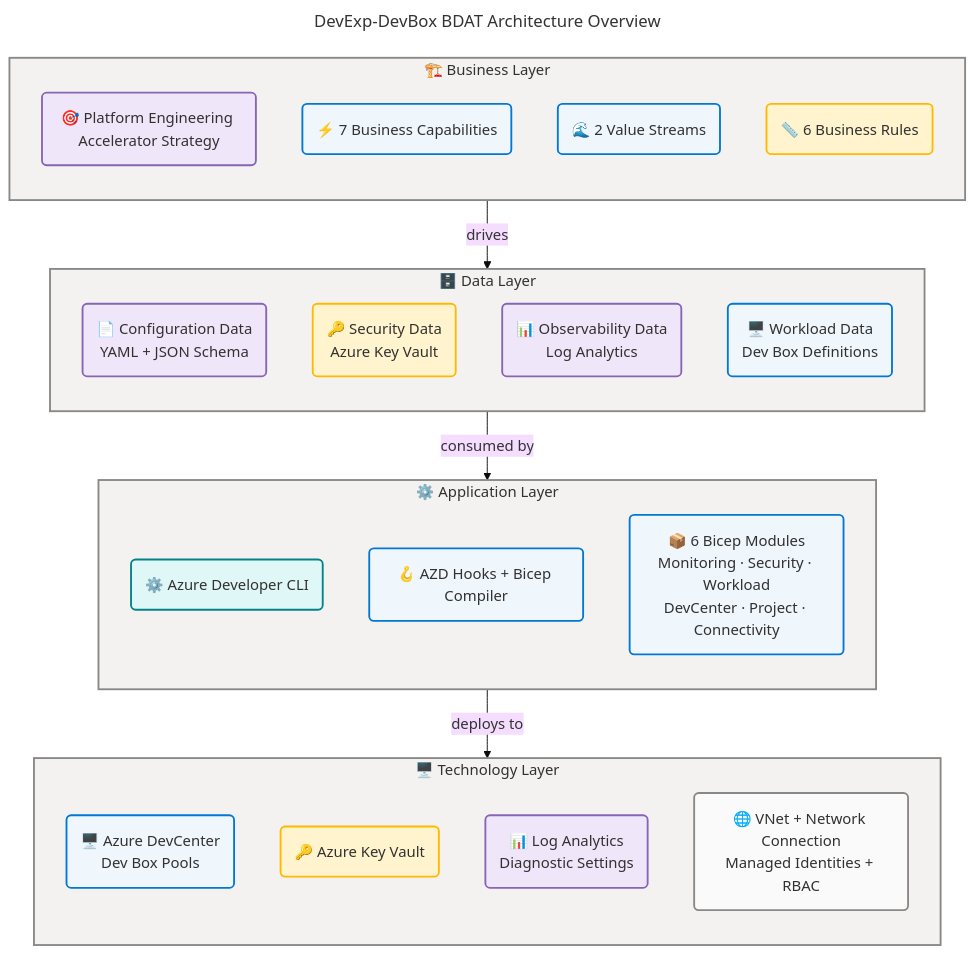
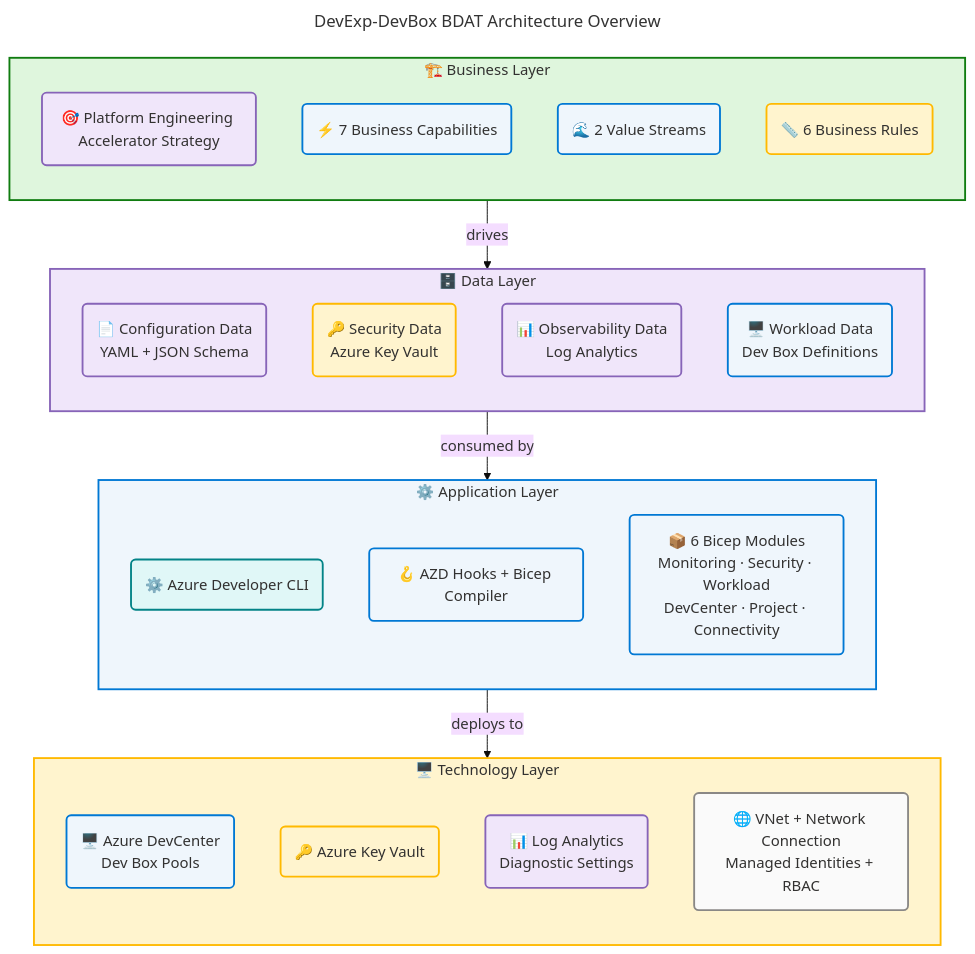
The diagram in docs/architecture/README.md (Evilazaro/DevExp-DevBox), drawn with Mermaid before and after one commit. The commit also changed other lines of this file and 1 other file, not shown here.

Commit message:
refactor: Update Mermaid diagram styles for improved visual clarity in application architecture documentation

````diff
--- a/docs/architecture/README.md
+++ b/docs/architecture/README.md
@@ -156,76 +156,73 @@
 ```mermaid
 ---
 title: DevExp-DevBox BDAT Architecture Overview
 config:
   theme: base
   look: classic
   layout: dagre
   themeVariables:
     fontSize: '16px'
   flowchart:
     htmlLabels: true
 ---
 flowchart TB
     accTitle: DevExp-DevBox BDAT Architecture Overview
     accDescr: Four-layer  architecture showing the Business, Data, Application, and Technology layers of the DevExp-DevBox platform and their relationships.
 
     %% ═══════════════════════════════════════════════════════════════════════════
     %% AZURE / FLUENT ARCHITECTURE PATTERN v1.1
     %% (Semantic + Structural + Font + Accessibility Governance)
     %% ═══════════════════════════════════════════════════════════════════════════
     %% PHASE 1 - FLUENT UI: All styling uses approved Fluent UI palette only
     %% PHASE 2 - GROUPS: Every subgraph has semantic color via style directive
     %% PHASE 3 - COMPONENTS: Every node has semantic classDef + icon prefix
     %% PHASE 4 - ACCESSIBILITY: accTitle/accDescr present, WCAG AA contrast
     %% PHASE 5 - STANDARD: Governance block present, classDefs centralized
     %% ═══════════════════════════════════════════════════════════════════════════
 
     subgraph business["🏗️ Business Layer"]
         direction TB
-        b1("🎯 Platform Engineering Accelerator Strategy"):::strategy
-        b2("⚡ 7 Business Capabilities"):::capability
-        b3("🌊 2 Value Streams"):::capability
-        b4("📏 6 Business Rules"):::governance
+        b1("🎯 Platform Engineering Accelerator Strategy"):::data
+        b2("⚡ 7 Business Capabilities"):::core
+        b3("🌊 2 Value Streams"):::core
+        b4("📏 6 Business Rules"):::warning
     end
 
     subgraph data["🗄️ Data Layer"]
         direction TB
         d1("📄 Configuration Data<br>YAML + JSON Schema"):::data
         d2("🔑 Security Data<br>Azure Key Vault"):::warning
         d3("📊 Observability Data<br>Log Analytics"):::data
         d4("🖥️ Workload Data<br>Dev Box Definitions"):::core
     end
 
     subgraph application["⚙️ Application Layer"]
         direction TB
         a1("⚙️ Azure Developer CLI"):::external
         a2("🪝 AZD Hooks + Bicep Compiler"):::core
         a3("📦 6 Bicep Modules<br>Monitoring · Security · Workload<br>DevCenter · Project · Connectivity"):::core
     end
 
     subgraph technology["🖥️ Technology Layer"]
         direction TB
         t1("🖥️ Azure DevCenter<br>Dev Box Pools"):::core
         t2("🔑 Azure Key Vault"):::warning
         t3("📊 Log Analytics<br>Diagnostic Settings"):::data
         t4("🌐 VNet + Network Connection<br>Managed Identities + RBAC"):::neutral
     end
 
     business -->|"drives"| data
     data -->|"consumed by"| application
     application -->|"deploys to"| technology
 
-    style business fill:#F3F2F1,stroke:#8A8886,stroke-width:2px,color:#323130
-    style data fill:#F3F2F1,stroke:#8A8886,stroke-width:2px,color:#323130
-    style application fill:#F3F2F1,stroke:#8A8886,stroke-width:2px,color:#323130
-    style technology fill:#F3F2F1,stroke:#8A8886,stroke-width:2px,color:#323130
+    style business fill:#DFF6DD,stroke:#107C10,stroke-width:2px,color:#323130
+    style data fill:#F0E6FA,stroke:#8764B8,stroke-width:2px,color:#323130
+    style application fill:#EFF6FC,stroke:#0078D4,stroke-width:2px,color:#323130
+    style technology fill:#FFF4CE,stroke:#FFB900,stroke-width:2px,color:#323130
 
-    classDef strategy fill:#F0E6FA,stroke:#8764B8,stroke-width:2px,color:#323130
-    classDef capability fill:#EFF6FC,stroke:#0078D4,stroke-width:2px,color:#323130
-    classDef governance fill:#FFF4CE,stroke:#FFB900,stroke-width:2px,color:#323130
     classDef data fill:#F0E6FA,stroke:#8764B8,stroke-width:2px,color:#323130
+    classDef core fill:#EFF6FC,stroke:#0078D4,stroke-width:2px,color:#323130
     classDef warning fill:#FFF4CE,stroke:#FFB900,stroke-width:2px,color:#323130
-    classDef core fill:#EFF6FC,stroke:#0078D4,stroke-width:2px,color:#323130
     classDef neutral fill:#FAFAFA,stroke:#8A8886,stroke-width:2px,color:#323130
     classDef external fill:#E0F7F7,stroke:#038387,stroke-width:2px,color:#323130
 ```
````
